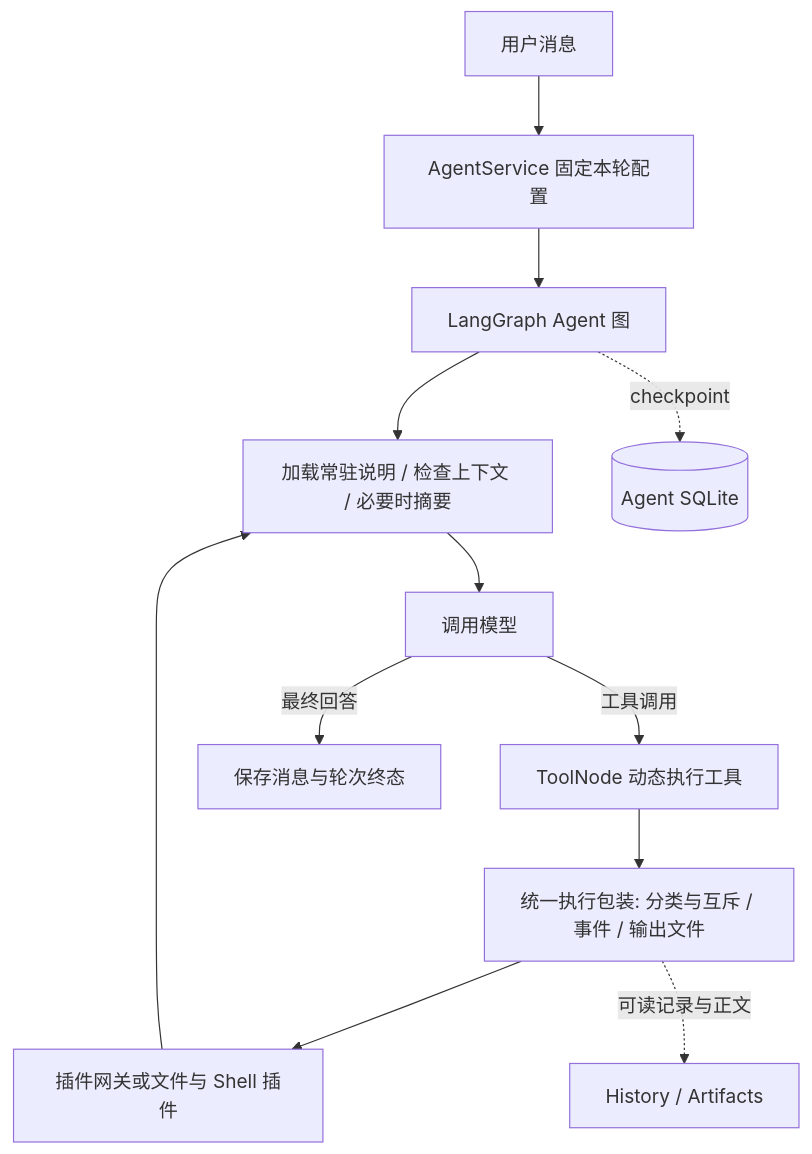
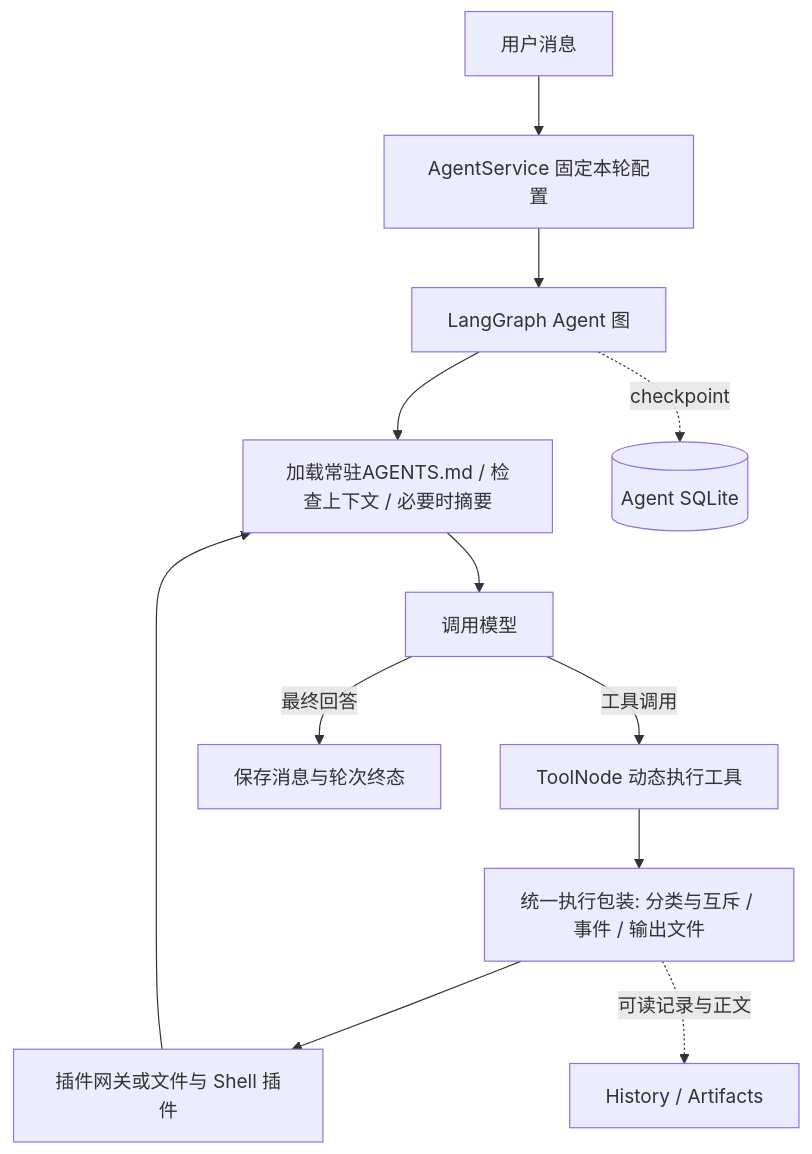
Before and after one commit to striiiiiing/WorkFLowWeave: the diagram in openspec/changes/add-file-centric-agent/design.md, drawn with Mermaid. The commit also changed other lines of this file and 18 other files, not shown here.

````diff
--- a/openspec/changes/add-file-centric-agent/design.md
+++ b/openspec/changes/add-file-centric-agent/design.md
@@ -36,14 +62,14 @@
 ```mermaid
 flowchart TD
     U[用户消息] --> S[AgentService 固定本轮配置]
     S --> G[LangGraph Agent 图]
-    G --> C[加载常驻说明 / 检查上下文 / 必要时摘要]
+    G --> C[加载常驻AGENTS.md / 检查上下文 / 必要时摘要]
     C --> M[调用模型]
     M -->|工具调用| T[ToolNode 动态执行工具]
     T --> W[统一执行包装: 分类与互斥 / 事件 / 输出文件]
     W --> P[插件网关或文件与 Shell 插件]
     P --> C
     M -->|最终回答| F[保存消息与轮次终态]
     G -. checkpoint .-> DB[(Agent SQLite)]
     W -. 可读记录与正文 .-> FS[History / Artifacts]
 ```
````
